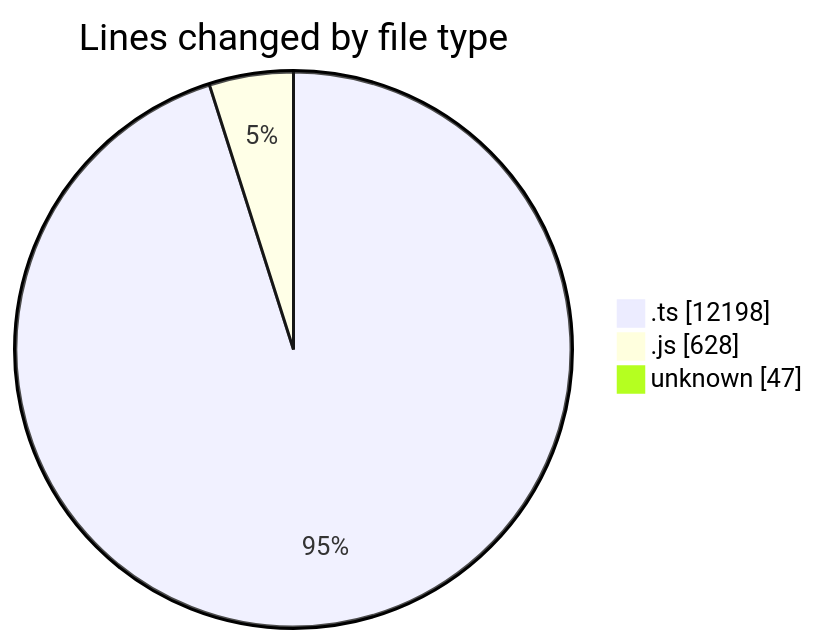
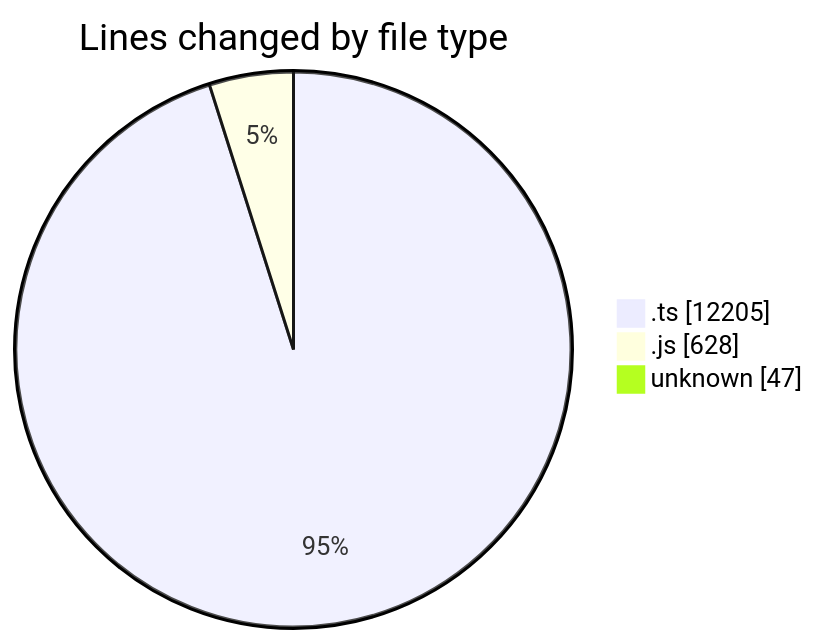
The first of 2 diagrams in 2025-09-05/cda/README.md (momahboobian/code-tracking), drawn with Mermaid before and after one commit. The commit also changed other lines of this file and 1 other file, not shown here.

````diff
--- a/2025-09-05/cda/README.md
+++ b/2025-09-05/cda/README.md
@@ -25,7 +25,7 @@
 ```mermaid
 pie showData
 title Lines changed by file type
-".ts" : 12198
+".ts" : 12205
 ".js" : 628
 "unknown" : 47
 ```
````
